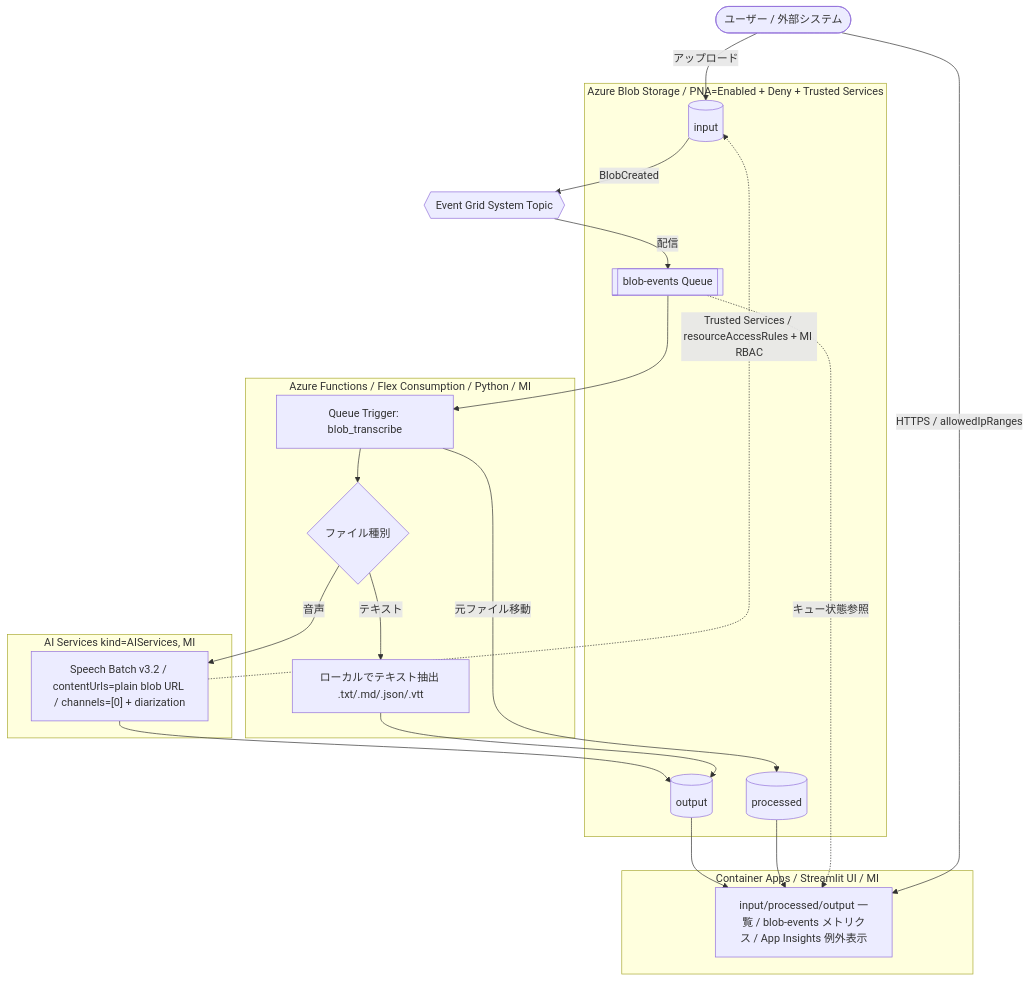
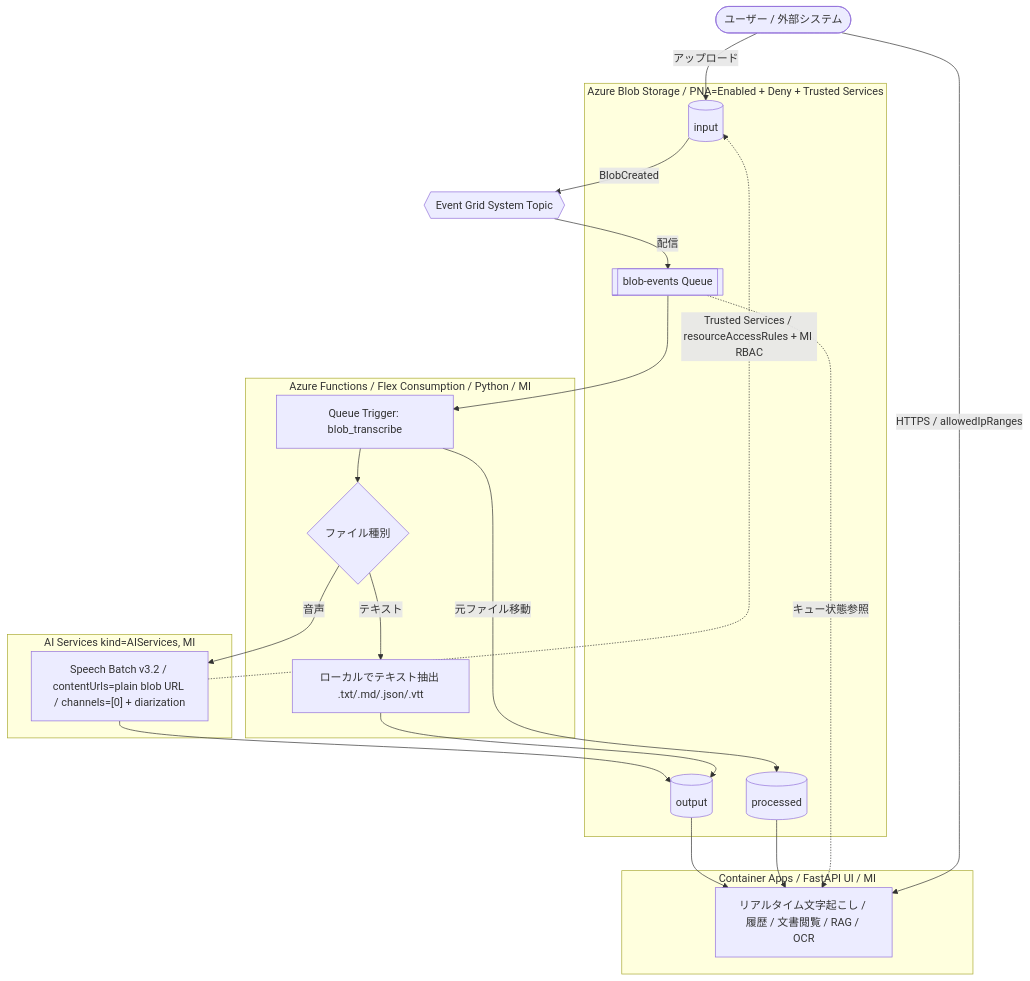
One commit to 0ht/transcription-demo changed the diagram in docs/deploy-guide.md. Above: the diagram before and after it, drawn with Mermaid. The commit also changed other lines of this file and 57 other files, not shown here.

````diff
--- a/docs/deploy-guide.md
+++ b/docs/deploy-guide.md
@@ -79,43 +79,43 @@
 ```mermaid
 flowchart TB
     User([ユーザー / 外部システム])
 
     subgraph Storage["Azure Blob Storage / PNA=Enabled + Deny + Trusted Services"]
         Input[("input")]
         Output[("output")]
         Processed[("processed")]
         Queue[["blob-events Queue"]]
     end
 
     EG{{"Event Grid System Topic"}}
 
     subgraph Func["Azure Functions / Flex Consumption / Python / MI"]
         QT["Queue Trigger: blob_transcribe"]
         Branch{ファイル種別}
         TextExtract["ローカルでテキスト抽出 .txt/.md/.json/.vtt"]
     end
 
     subgraph AI["AI Services kind=AIServices, MI"]
         Speech["Speech Batch v3.2 / contentUrls=plain blob URL / channels=[0] + diarization"]
     end
 
-    subgraph UI["Container Apps / Streamlit UI / MI"]
-        Streamlit["input/processed/output 一覧 / blob-events メトリクス / App Insights 例外表示"]
+    subgraph UI["Container Apps / FastAPI UI / MI"]
+      WebUI["リアルタイム文字起こし / 履歴 / 文書閲覧 / RAG / OCR"]
     end
 
     User -- アップロード --> Input
     Input -- BlobCreated --> EG
     EG -- 配信 --> Queue
     Queue --> QT
     QT --> Branch
     Branch -- 音声 --> Speech
     Branch -- テキスト --> TextExtract
     Speech -. Trusted Services / resourceAccessRules + MI RBAC .-> Input
     Speech --> Output
     TextExtract --> Output
     QT -- 元ファイル移動 --> Processed
-    Output --> Streamlit
-    Processed --> Streamlit
-    Queue -. キュー状態参照 .-> Streamlit
-    User -- HTTPS / allowedIpRanges --> Streamlit
+    Output --> WebUI
+    Processed --> WebUI
+    Queue -. キュー状態参照 .-> WebUI
+    User -- HTTPS / allowedIpRanges --> WebUI
 ```
````
